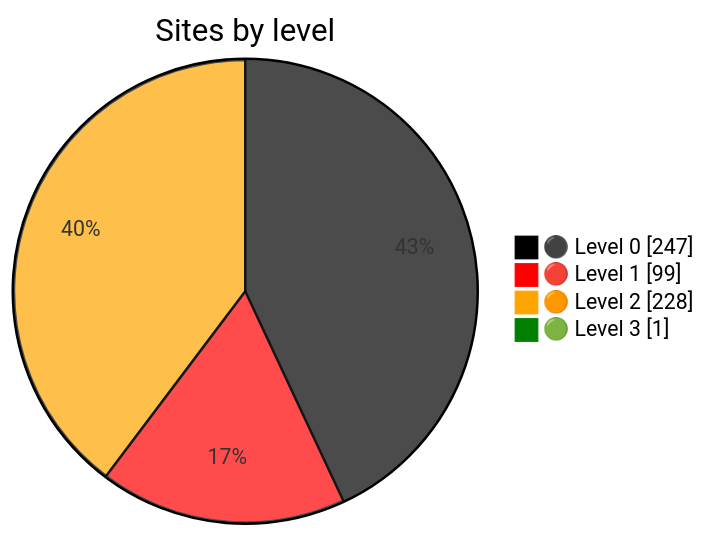
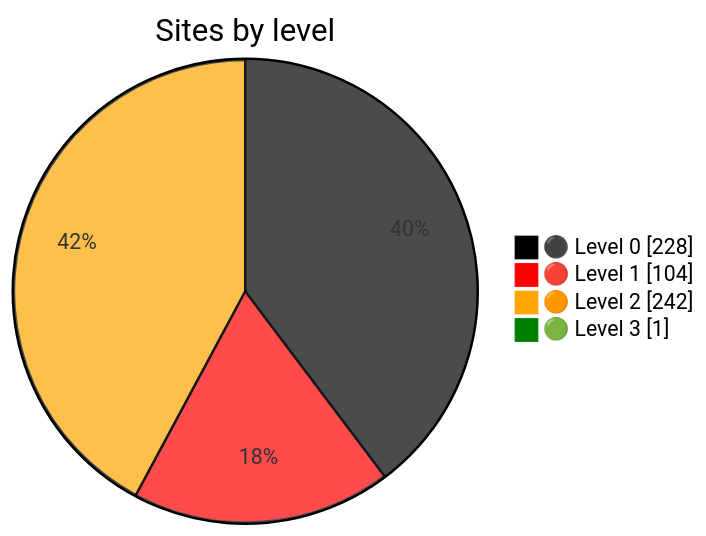
One commit to nuuuwan/gov_lk_web_auditor changed the diagram in README.md. Above: the diagram before and after it, drawn with Mermaid. The commit also changed other lines of this file and 2747 other files, not shown here.

````diff
--- a/README.md
+++ b/README.md
@@ -24,9 +24,9 @@
 ```mermaid
 %%{init: {"themeVariables":{"pie1":"black","pie2":"red","pie3":"orange","pie4":"green"}}}%%
 pie showData
     title Sites by level
-    "⚫ Level 0" : 247
-    "🔴 Level 1" : 99
-    "🟠 Level 2" : 228
+    "⚫ Level 0" : 228
+    "🔴 Level 1" : 104
+    "🟠 Level 2" : 242
     "🟢 Level 3" : 1
 ```
````
